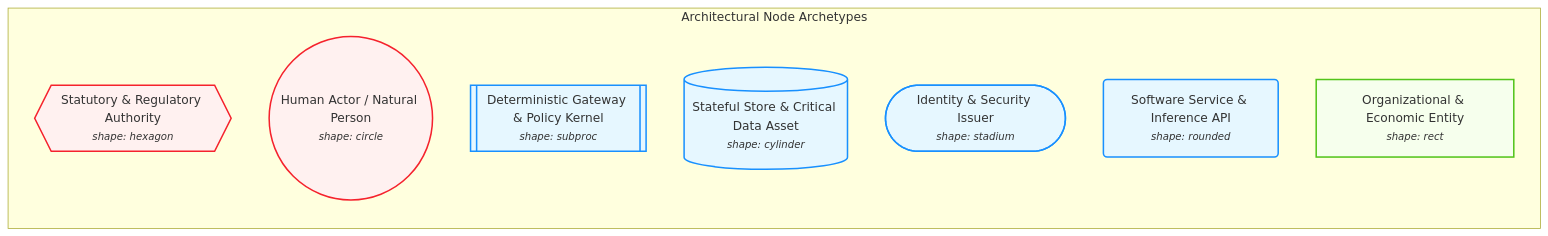
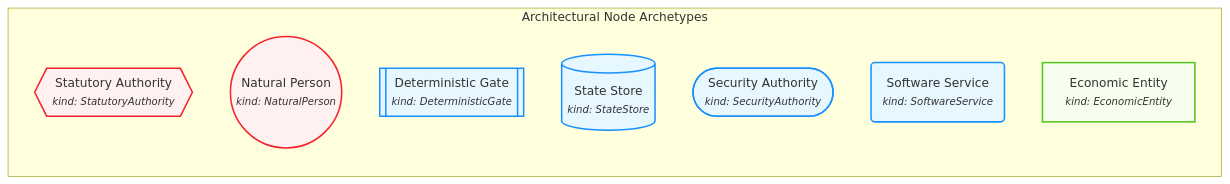
The first of 2 diagrams in docs/index.md (sezoo-digital/ai-ecosystem-model), drawn with Mermaid before and after one commit. The commit also changed other lines of this file and 11 other files, not shown here.

````diff
--- a/docs/index.md
+++ b/docs/index.md
@@ -31,17 +31,17 @@
 ```mermaid
 flowchart LR
     classDef gov fill:#FFF1F0,stroke:#F5222D,stroke-width:2px;
     classDef econ fill:#F6FFED,stroke:#52C41A,stroke-width:2px;
     classDef tech fill:#E6F7FF,stroke:#1890FF,stroke-width:2px;
     classDef default fill:#F8FAFC,stroke:#64748B,stroke-width:1.5px;
 
     subgraph LegendShapes ["Architectural Node Archetypes"]
-        K_HEXAGON{{"Statutory &amp; Regulatory Authority<br/><small><i>shape: hexagon</i></small>"}}:::gov
-        K_CIRCLE(("Human Actor / Natural Person<br/><small><i>shape: circle</i></small>")):::gov
-        K_SUBPROC[["Deterministic Gateway &amp; Policy Kernel<br/><small><i>shape: subproc</i></small>"]]:::tech
-        K_CYLINDER[("Stateful Store &amp; Critical Data Asset<br/><small><i>shape: cylinder</i></small>")]:::tech
-        K_STADIUM(["Identity &amp; Security Issuer<br/><small><i>shape: stadium</i></small>"]):::tech
-        K_ROUNDED("Software Service &amp; Inference API<br/><small><i>shape: rounded</i></small>"):::tech
-        K_RECT["Organizational &amp; Economic Entity<br/><small><i>shape: rect</i></small>"]:::econ
+        K_HEX{{"Statutory Authority<br/><small><i>kind: StatutoryAuthority</i></small>"}}:::gov
+        K_CIR(("Natural Person<br/><small><i>kind: NaturalPerson</i></small>")):::gov
+        K_SUB[["Deterministic Gate<br/><small><i>kind: DeterministicGate</i></small>"]]:::tech
+        K_CYL[("State Store<br/><small><i>kind: StateStore</i></small>")]:::tech
+        K_STA(["Security Authority<br/><small><i>kind: SecurityAuthority</i></small>"]):::tech
+        K_RND("Software Service<br/><small><i>kind: SoftwareService</i></small>"):::tech
+        K_REC["Economic Entity<br/><small><i>kind: EconomicEntity</i></small>"]:::econ
     end
 ```
````
